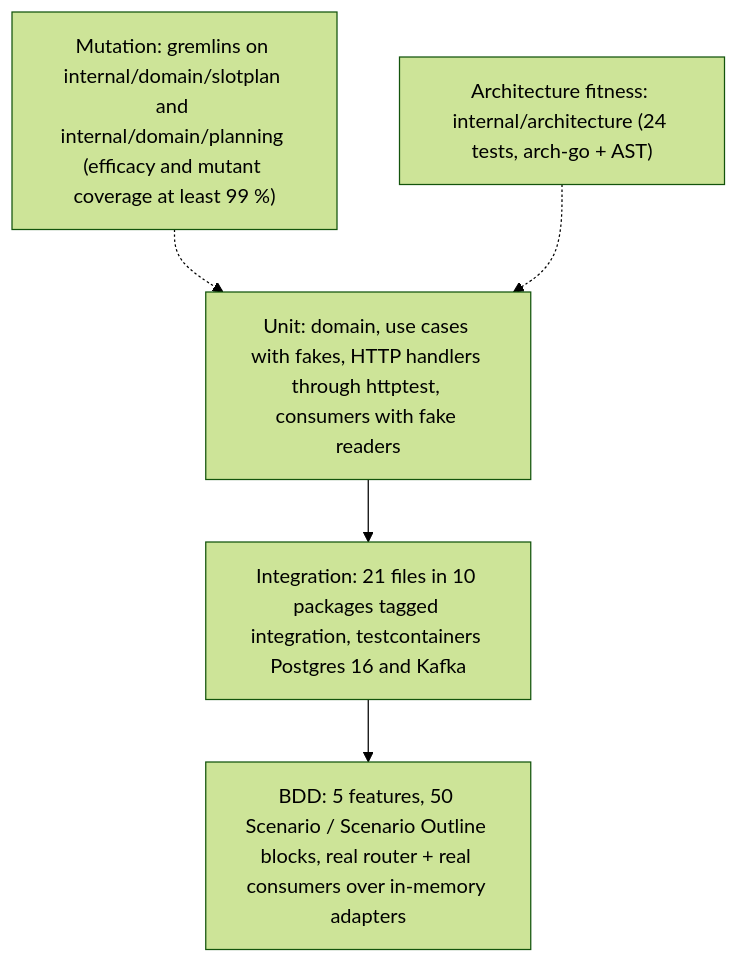
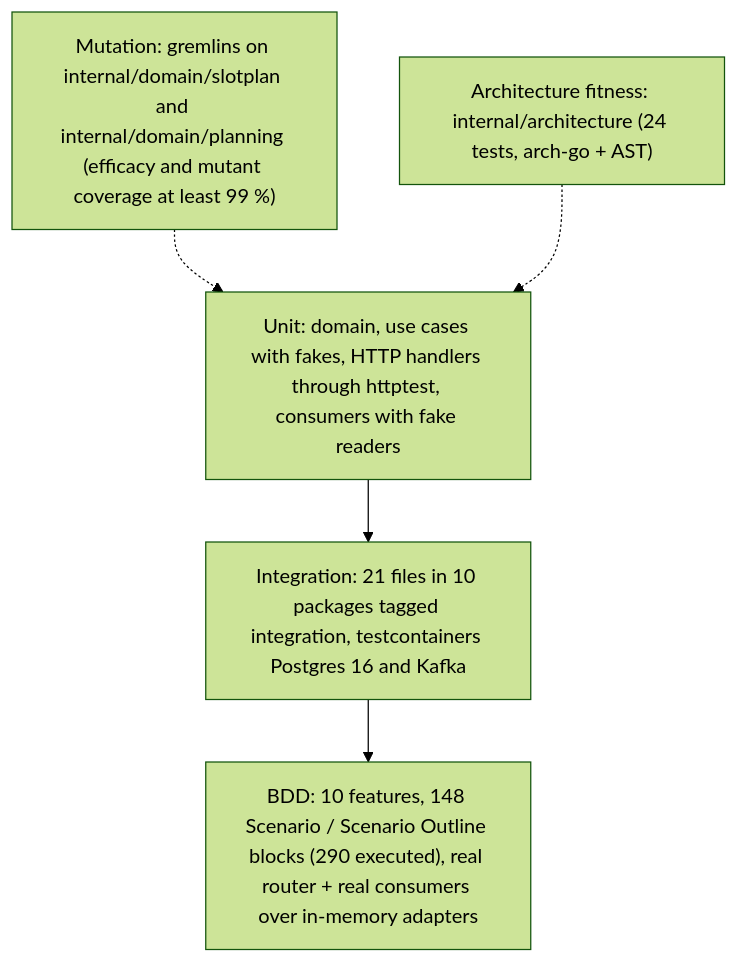
The diagram in docs/docs/development/testing.md (IQVO/slotting-optimization), drawn with Mermaid (forest theme) before and after one commit. The commit also changed other lines of this file and 1 other file, not shown here.

Commit message:
docs: BDD wave closeout (Outcome unmatched, scenario counts, rule files)

````diff
--- a/docs/docs/development/testing.md
+++ b/docs/docs/development/testing.md
@@ -15,11 +15,11 @@
 ```mermaid
 flowchart TB
     arch["Architecture fitness: internal/architecture (24 tests, arch-go + AST)"]
     mut["Mutation: gremlins on internal/domain/slotplan and internal/domain/planning (efficacy and mutant coverage at least 99 %)"]
-    bdd["BDD: 5 features, 50 Scenario / Scenario Outline blocks, real router + real consumers over in-memory adapters"]
+    bdd["BDD: 10 features, 148 Scenario / Scenario Outline blocks (290 executed), real router + real consumers over in-memory adapters"]
     integ["Integration: 21 files in 10 packages tagged integration, testcontainers Postgres 16 and Kafka"]
     unit["Unit: domain, use cases with fakes, HTTP handlers through httptest, consumers with fake readers"]
     unit --> integ --> bdd
     mut -.-> unit
     arch -.-> unit
 ```
````
